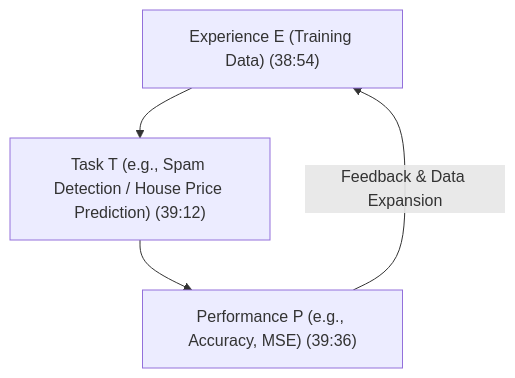
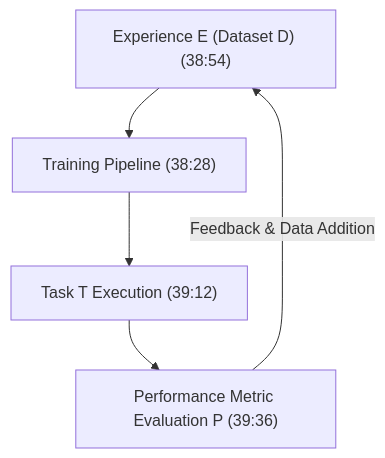
One commit to xrcodexcode/xr_node changed the first of 3 diagrams in 01_RAW/PROCESS/learn-core-machine-learning-part-02.md. Above: the diagram before and after it, drawn with Mermaid. The commit also changed other lines of this file and 15 other files, not shown here.

````diff
--- a/01_RAW/PROCESS/learn-core-machine-learning-part-02.md
+++ b/01_RAW/PROCESS/learn-core-machine-learning-part-02.md
@@ -49,6 +51,7 @@
 ```mermaid
 flowchart TD
-    E["Experience E (Training Data) (38:54)"] --> T["Task T (e.g., Spam Detection / House Price Prediction) (39:12)"]
-    T --> P["Performance P (e.g., Accuracy, MSE) (39:36)"]
-    P -->|Feedback & Data Expansion| E
+    E["Experience E (Dataset D) (38:54)"] --> Algo["Training Pipeline (38:28)"]
+    Algo --> T["Task T Execution (39:12)"]
+    T --> P["Performance Metric Evaluation P (39:36)"]
+    P -->|Feedback & Data Addition| E
 ```
````
